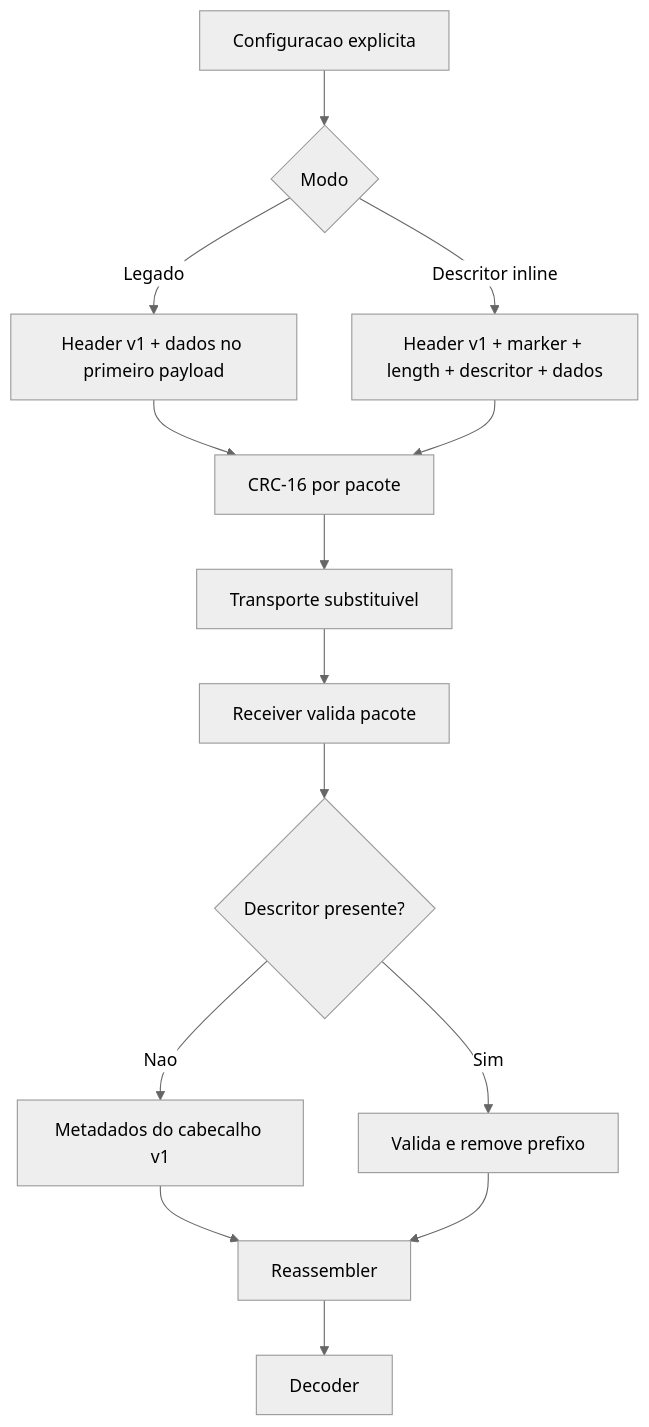
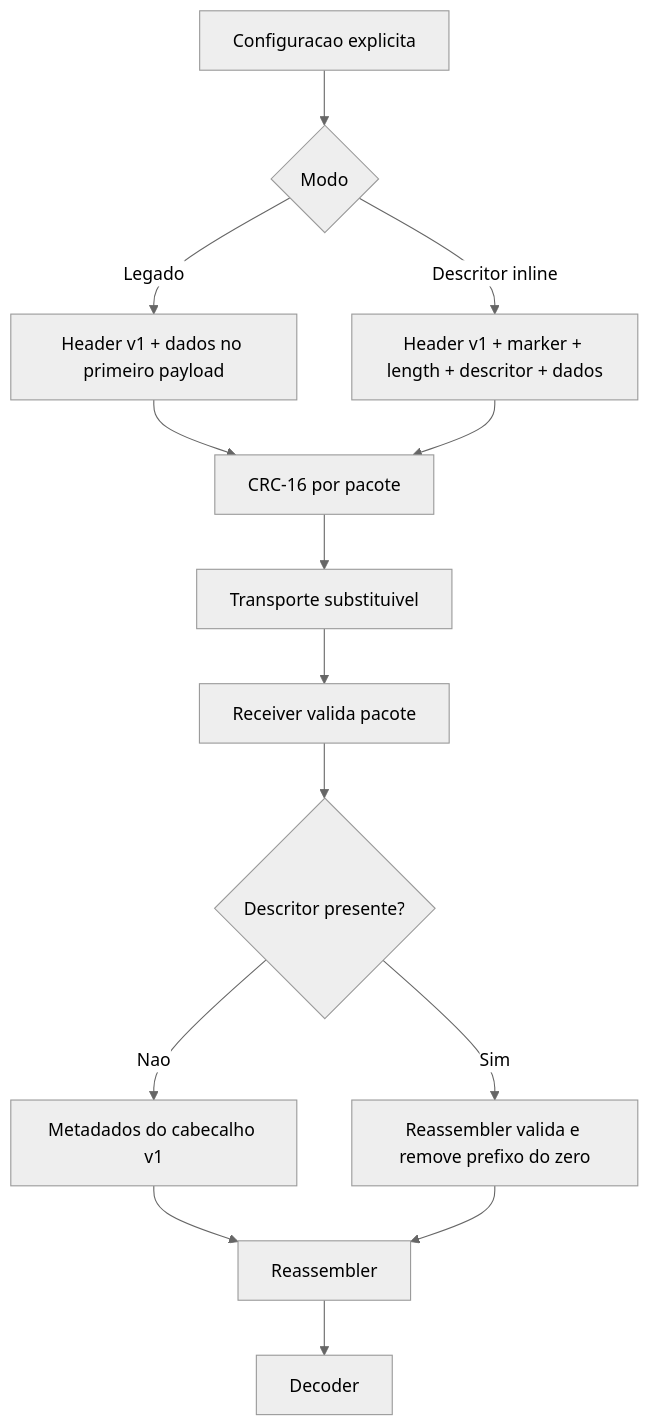
Before and after one commit to FernandoPucci/meshmedia-lab: the first of 3 diagrams in docs/architecture.md, drawn with Mermaid (neutral theme). The commit also changed other lines of this file and 23 other files, not shown here.

````diff
--- a/docs/architecture.md
+++ b/docs/architecture.md
@@ -109,16 +111,16 @@
 ```mermaid
 flowchart TD
     A[Configuracao explicita] --> B{Modo}
     B -->|Legado| C[Header v1 + dados no primeiro payload]
     B -->|Descritor inline| D[Header v1 + marker + length + descritor + dados]
     C --> E[CRC-16 por pacote]
     D --> E
     E --> F[Transporte substituivel]
     F --> G[Receiver valida pacote]
     G --> H{Descritor presente?}
     H -->|Nao| I[Metadados do cabecalho v1]
-    H -->|Sim| J[Valida e remove prefixo]
+    H -->|Sim| J[Reassembler valida e remove prefixo do zero]
     I --> K[Reassembler]
     J --> K
     K --> L[Decoder]
 ```
````
